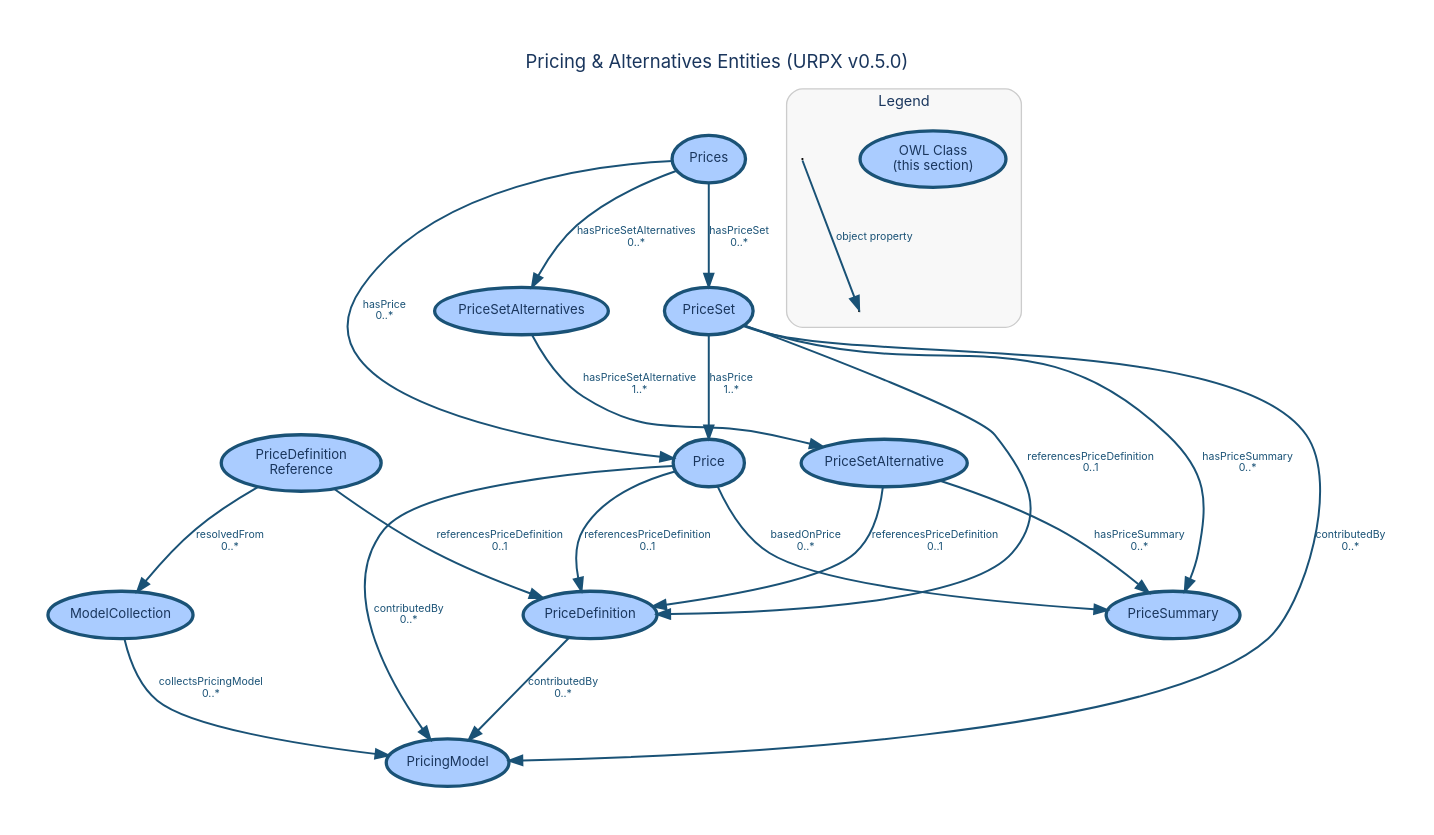
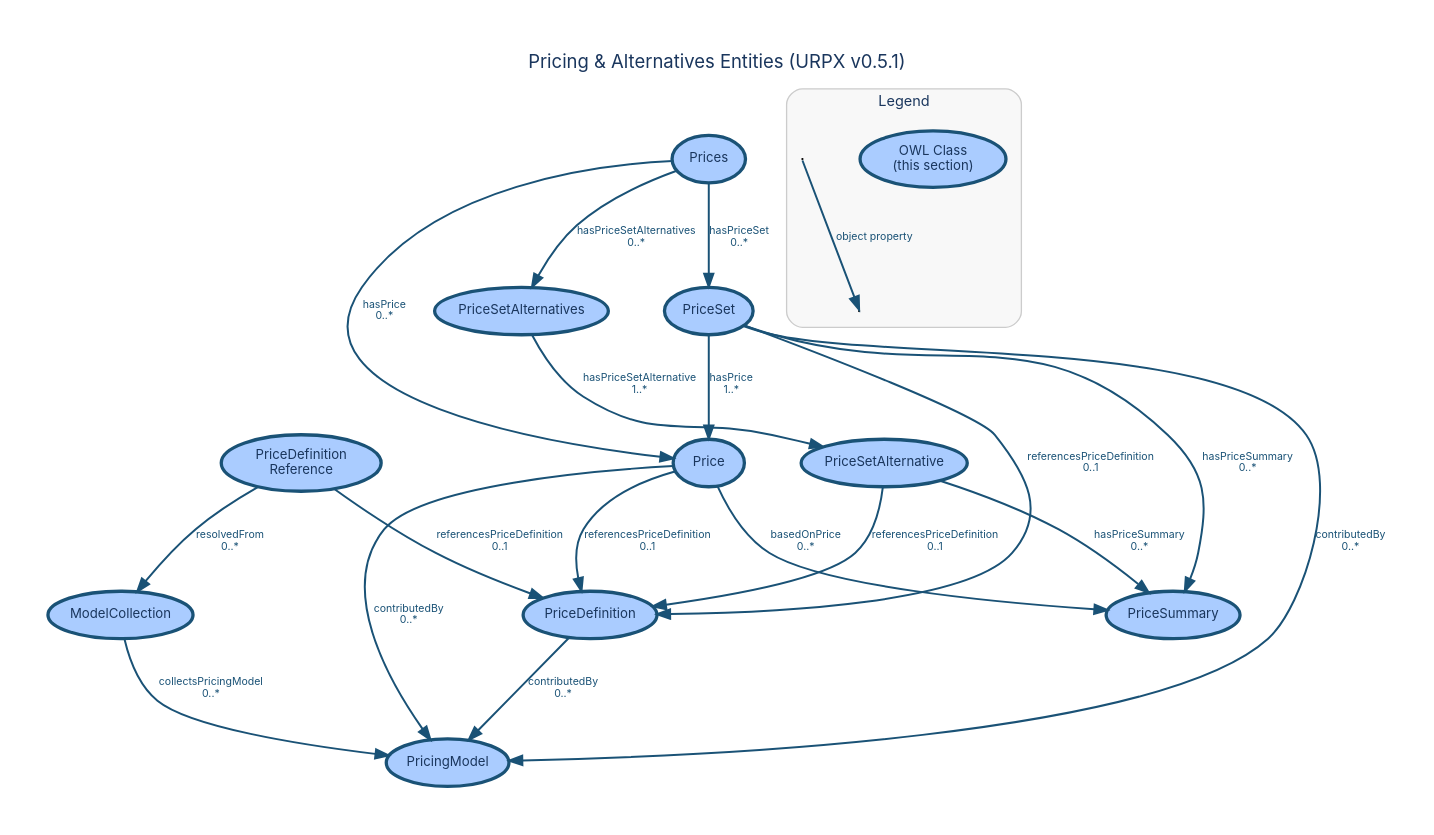
Before and after one commit to urpx-org/urpx: the diagram in documentation/diagrams/dictionary/pricing-alternatives-entities.dot, drawn with Graphviz. The commit also changed 61 other files, not shown here.

```diff
--- a/documentation/diagrams/dictionary/pricing-alternatives-entities.dot
+++ b/documentation/diagrams/dictionary/pricing-alternatives-entities.dot
@@ -1,131 +1,131 @@
 digraph "Pricing & Alternatives Entities" {
     rankdir=TB;
     bgcolor="white";
     pad=0.4;
     nodesep=0.6;
     ranksep=0.8;
     fontname="Inter, Helvetica, Arial, sans-serif";
-    label="Pricing & Alternatives Entities (URPX v0.5.0)";
+    label="Pricing & Alternatives Entities (URPX v0.5.1)";
     labelloc="t";
     fontsize=14;
     fontcolor="#1a365d";
     node [fontname="Inter, Helvetica, Arial, sans-serif", fontsize=10, style=filled, fontcolor="#1a365d"];
     edge [fontname="Inter, Helvetica, Arial, sans-serif", fontsize=8, fontcolor="#1a365d"];
 
     // Section classes
     PricingModel [
         label="PricingModel"
         shape=ellipse, fillcolor="#aaccff", color="#1a5276", penwidth=2.5
     ];
     ModelCollection [
         label="ModelCollection"
         shape=ellipse, fillcolor="#aaccff", color="#1a5276", penwidth=2.5
     ];
     Prices [
         label="Prices"
         shape=ellipse, fillcolor="#aaccff", color="#1a5276", penwidth=2.5
     ];
     PriceSet [
         label="PriceSet"
         shape=ellipse, fillcolor="#aaccff", color="#1a5276", penwidth=2.5
     ];
     PriceSetAlternative [
         label="PriceSetAlternative"
         shape=ellipse, fillcolor="#aaccff", color="#1a5276", penwidth=2.5
     ];
     PriceSetAlternatives [
         label="PriceSetAlternatives"
         shape=ellipse, fillcolor="#aaccff", color="#1a5276", penwidth=2.5
     ];
     Price [
         label="Price"
         shape=ellipse, fillcolor="#aaccff", color="#1a5276", penwidth=2.5
     ];
     PriceDefinition [
         label="PriceDefinition"
         shape=ellipse, fillcolor="#aaccff", color="#1a5276", penwidth=2.5
     ];
     PriceDefinitionReference [
         label="PriceDefinition\nReference"
         shape=ellipse, fillcolor="#aaccff", color="#1a5276", penwidth=2.5
     ];
     PriceSummary [
         label="PriceSummary"
         shape=ellipse, fillcolor="#aaccff", color="#1a5276", penwidth=2.5
     ];
 
     // Object property edges
     ModelCollection -> PricingModel [
         label="collectsPricingModel\n0..*", color="#1a5276", fontcolor="#1a5276", penwidth=1.5
     ];
     Prices -> Price [
         label="hasPrice\n0..*", color="#1a5276", fontcolor="#1a5276", penwidth=1.5
     ];
     Prices -> PriceSet [
         label="hasPriceSet\n0..*", color="#1a5276", fontcolor="#1a5276", penwidth=1.5, weight=10
     ];
     Prices -> PriceSetAlternatives [
         label="hasPriceSetAlternatives\n0..*", color="#1a5276", fontcolor="#1a5276", penwidth=1.5, weight=8
     ];
     PriceSet -> PricingModel [
         label="contributedBy\n0..*", color="#1a5276", fontcolor="#1a5276", penwidth=1.5
     ];
     PriceSet -> Price [
         label="hasPrice\n1..*", color="#1a5276", fontcolor="#1a5276", penwidth=1.5, weight=8
     ];
     PriceSet -> PriceSummary [
         label="hasPriceSummary\n0..*", color="#1a5276", fontcolor="#1a5276", penwidth=1.5
     ];
     PriceSet -> PriceDefinition [
         label="referencesPriceDefinition\n0..1", color="#1a5276", fontcolor="#1a5276", penwidth=1.5
     ];
     PriceSetAlternative -> PriceSummary [
         label="hasPriceSummary\n0..*", color="#1a5276", fontcolor="#1a5276", penwidth=1.5
     ];
     PriceSetAlternative -> PriceDefinition [
         label="referencesPriceDefinition\n0..1", color="#1a5276", fontcolor="#1a5276", penwidth=1.5
     ];
     PriceSetAlternatives -> PriceSetAlternative [
         label="hasPriceSetAlternative\n1..*", color="#1a5276", fontcolor="#1a5276", penwidth=1.5
     ];
     Price -> PriceSummary [
         label="basedOnPrice\n0..*", color="#1a5276", fontcolor="#1a5276", penwidth=1.5
     ];
     Price -> PricingModel [
         label="contributedBy\n0..*", color="#1a5276", fontcolor="#1a5276", penwidth=1.5
     ];
     Price -> PriceDefinition [
         label="referencesPriceDefinition\n0..1", color="#1a5276", fontcolor="#1a5276", penwidth=1.5
     ];
     PriceDefinition -> PricingModel [
         label="contributedBy\n0..*", color="#1a5276", fontcolor="#1a5276", penwidth=1.5
     ];
     PriceDefinitionReference -> PriceDefinition [
         label="referencesPriceDefinition\n0..1", color="#1a5276", fontcolor="#1a5276", penwidth=1.5
     ];
     PriceDefinitionReference -> ModelCollection [
         label="resolvedFrom\n0..*", color="#1a5276", fontcolor="#1a5276", penwidth=1.5
     ];
 
     // Layout-specified rank groups
     { rank=same; Prices; }
     { rank=same; PriceSet; PriceSetAlternatives; }
     { rank=same; PriceSetAlternative; Price; }
     { rank=same; PriceDefinition; PriceSummary; }
 
     subgraph cluster_legend {
         label="Legend";
         fontname="Inter, Helvetica, Arial, sans-serif";
         fontsize=11;
         fontcolor="#1a365d";
         style=rounded;
         color="#cccccc";
         bgcolor="#f8f8f8";
         margin=12;
 
         leg_class [label="OWL Class\n(this section)", shape=ellipse, fillcolor="#aaccff", color="#1a5276", penwidth=2.5];
         leg_src [label=" ", shape=point, width=0.01];
         leg_tgt1 [label=" ", shape=point, width=0.01];
         leg_src -> leg_tgt1 [label="object property", color="#1a5276", fontcolor="#1a5276", penwidth=1.5];
     }
 }
```
